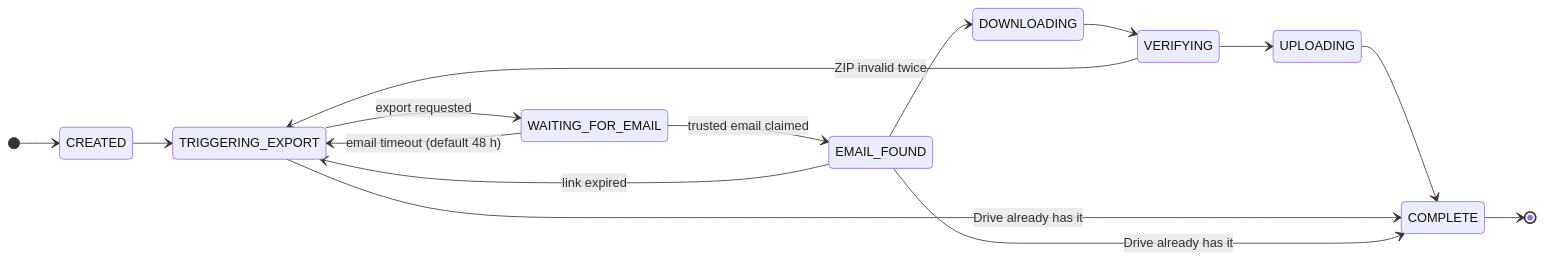
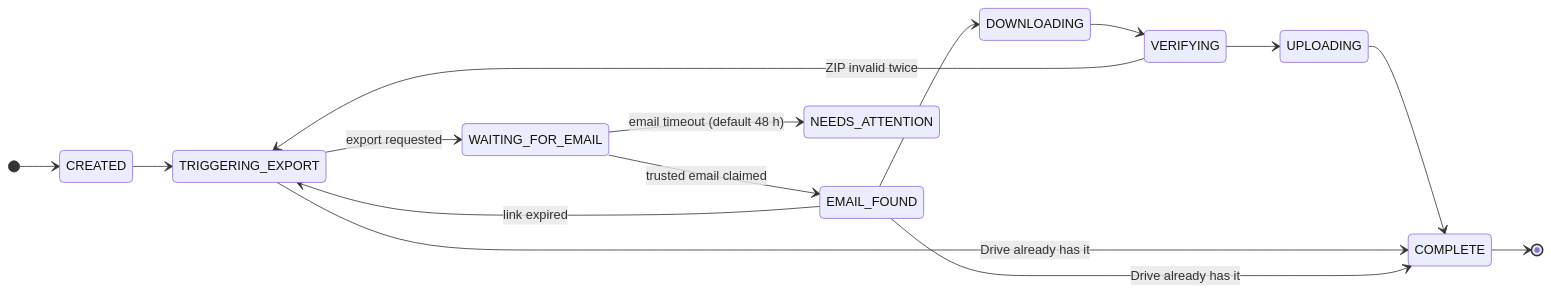
The first of 6 diagrams in workspaces/apps/notion-backup-automation/docs/backup-lifecycle.md (itemka/nodejs-backend-mastery), drawn with Mermaid before and after one commit. The commit also changed 29 other files, not shown here.

````diff
--- a/workspaces/apps/notion-backup-automation/docs/backup-lifecycle.md
+++ b/workspaces/apps/notion-backup-automation/docs/backup-lifecycle.md
@@ -14,18 +14,18 @@
 ```mermaid
 stateDiagram-v2
   direction LR
   [*] --> CREATED
   CREATED --> TRIGGERING_EXPORT
   TRIGGERING_EXPORT --> WAITING_FOR_EMAIL: export requested
   WAITING_FOR_EMAIL --> EMAIL_FOUND: trusted email claimed
-  WAITING_FOR_EMAIL --> TRIGGERING_EXPORT: email timeout (default 48 h)
+  WAITING_FOR_EMAIL --> NEEDS_ATTENTION: email timeout (default 48 h)
   EMAIL_FOUND --> DOWNLOADING
   DOWNLOADING --> VERIFYING
   VERIFYING --> UPLOADING
   UPLOADING --> COMPLETE
   VERIFYING --> TRIGGERING_EXPORT: ZIP invalid twice
   EMAIL_FOUND --> TRIGGERING_EXPORT: link expired
   TRIGGERING_EXPORT --> COMPLETE: Drive already has it
   EMAIL_FOUND --> COMPLETE: Drive already has it
   COMPLETE --> [*]
 ```
````
